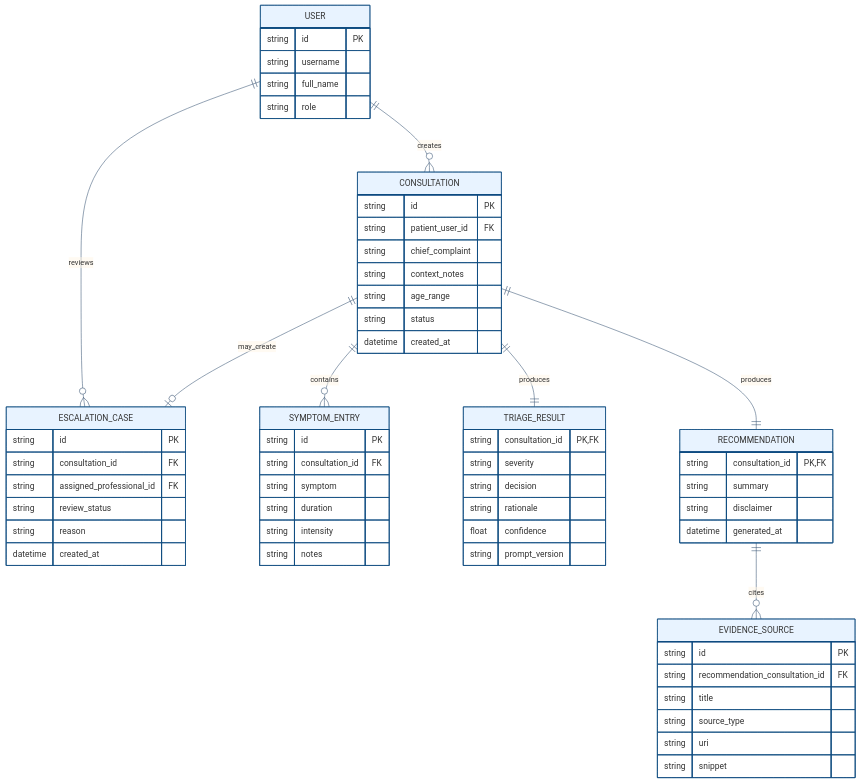
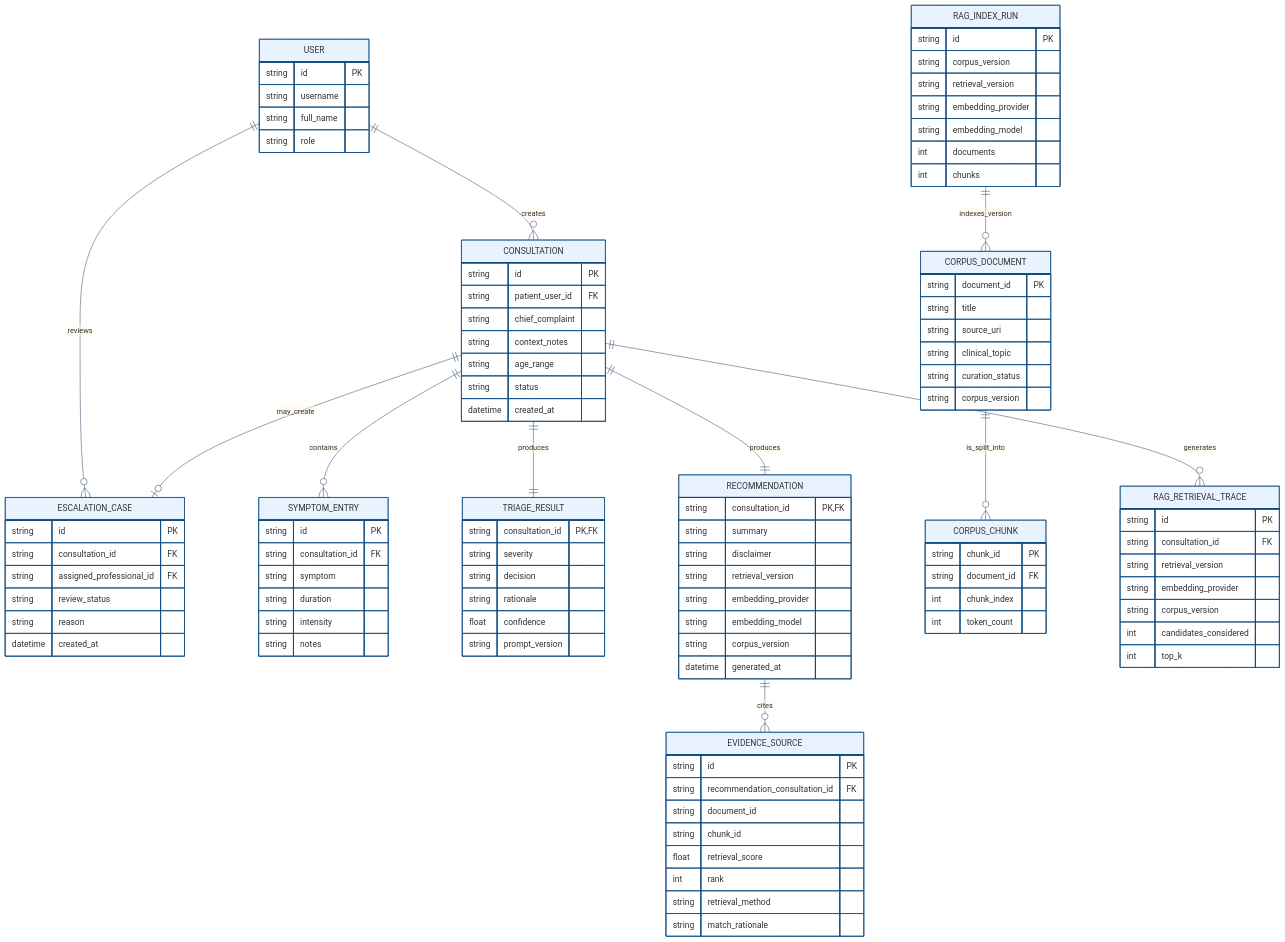
The diagram in docs/architecture/07-data-model.mmd (JesusJC15/proyecto-arep), drawn with Mermaid before and after one commit. The commit also changed 90 other files, not shown here.

```diff
--- a/docs/architecture/07-data-model.mmd
+++ b/docs/architecture/07-data-model.mmd
@@ -1,63 +1,104 @@
 %%{init: {"theme": "base", "themeVariables": {"fontFamily": "Inter, Segoe UI, sans-serif", "primaryColor": "#E8F3FF", "primaryBorderColor": "#0F4C81", "lineColor": "#355070", "secondaryColor": "#EAFBF2", "tertiaryColor": "#FFF5E6"}}}%%
 erDiagram
     USER ||--o{ CONSULTATION : creates
     USER ||--o{ ESCALATION_CASE : reviews
     CONSULTATION ||--o{ SYMPTOM_ENTRY : contains
     CONSULTATION ||--|| TRIAGE_RESULT : produces
     CONSULTATION ||--|| RECOMMENDATION : produces
     RECOMMENDATION ||--o{ EVIDENCE_SOURCE : cites
     CONSULTATION ||--o| ESCALATION_CASE : may_create
+    CORPUS_DOCUMENT ||--o{ CORPUS_CHUNK : is_split_into
+    CONSULTATION ||--o{ RAG_RETRIEVAL_TRACE : generates
+    RAG_INDEX_RUN ||--o{ CORPUS_DOCUMENT : indexes_version
 
     USER {
       string id PK
       string username
       string full_name
       string role
     }
     CONSULTATION {
       string id PK
       string patient_user_id FK
       string chief_complaint
       string context_notes
       string age_range
       string status
       datetime created_at
     }
     SYMPTOM_ENTRY {
       string id PK
       string consultation_id FK
       string symptom
       string duration
       string intensity
       string notes
     }
     TRIAGE_RESULT {
       string consultation_id PK,FK
       string severity
       string decision
       string rationale
       float confidence
       string prompt_version
     }
     RECOMMENDATION {
       string consultation_id PK,FK
       string summary
       string disclaimer
+      string retrieval_version
+      string embedding_provider
+      string embedding_model
+      string corpus_version
       datetime generated_at
     }
     EVIDENCE_SOURCE {
       string id PK
       string recommendation_consultation_id FK
-      string title
-      string source_type
-      string uri
-      string snippet
+      string document_id
+      string chunk_id
+      float retrieval_score
+      int rank
+      string retrieval_method
+      string match_rationale
     }
     ESCALATION_CASE {
       string id PK
       string consultation_id FK
       string assigned_professional_id FK
       string review_status
       string reason
       datetime created_at
     }
+    CORPUS_DOCUMENT {
+      string document_id PK
+      string title
+      string source_uri
+      string clinical_topic
+      string curation_status
+      string corpus_version
+    }
+    CORPUS_CHUNK {
+      string chunk_id PK
+      string document_id FK
+      int chunk_index
+      int token_count
+    }
+    RAG_INDEX_RUN {
+      string id PK
+      string corpus_version
+      string retrieval_version
+      string embedding_provider
+      string embedding_model
+      int documents
+      int chunks
+    }
+    RAG_RETRIEVAL_TRACE {
+      string id PK
+      string consultation_id FK
+      string retrieval_version
+      string embedding_provider
+      string corpus_version
+      int candidates_considered
+      int top_k
+    }
```
